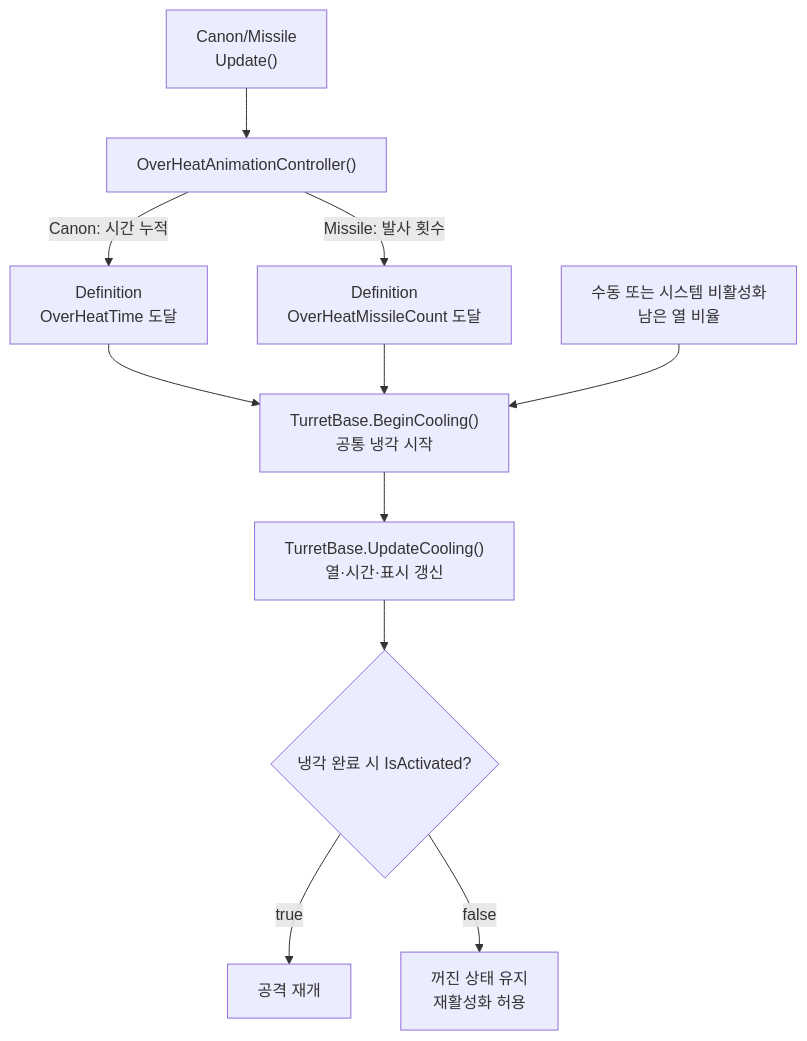
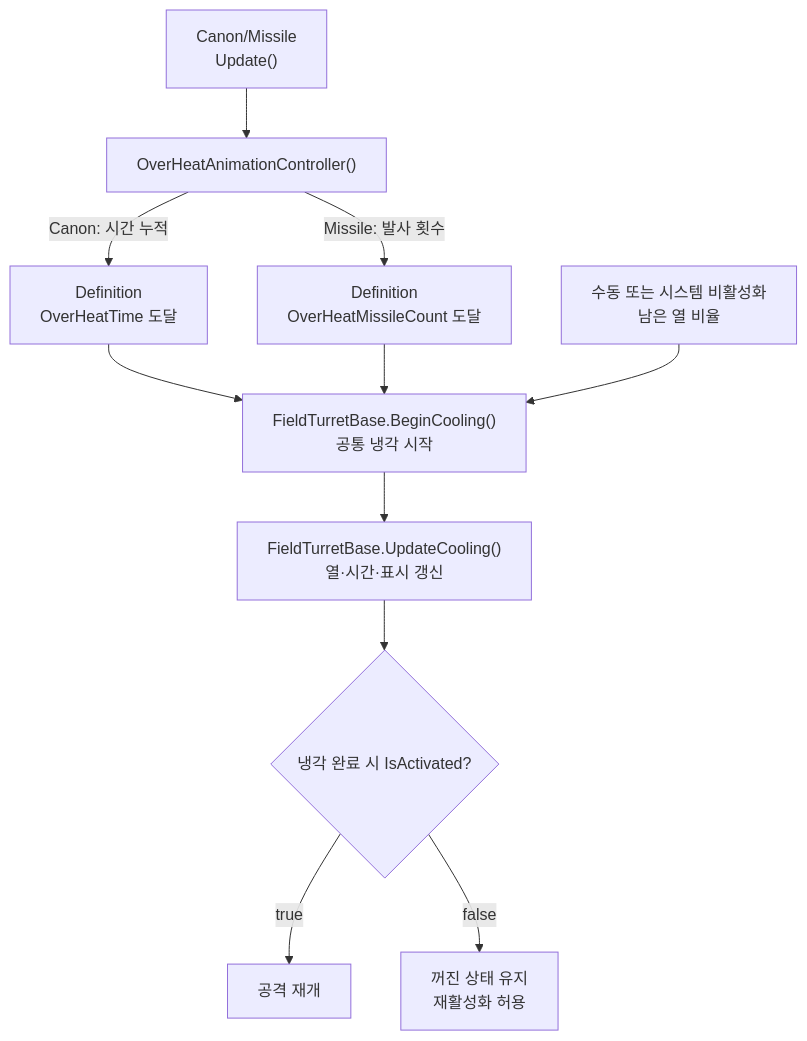
Before and after one commit to Team-HJD-21/unity-6-the-developer: diagram 11 of 17 in Docs/architecture/turret-system-guide.md, drawn with Mermaid. The commit also changed other lines of this file and 12 other files, not shown here.

Commit message:
docs(field-turret): update names and migration guide

````diff
--- a/Docs/architecture/turret-system-guide.md
+++ b/Docs/architecture/turret-system-guide.md
@@ -476,13 +478,13 @@
 ```mermaid
 flowchart TD
     Combat["Canon/Missile<br>Update()"] --> Check["OverHeatAnimationController()"]
     Check -->|Canon: 시간 누적| CanonHeat["Definition<br>OverHeatTime 도달"]
     Check -->|Missile: 발사 횟수| MissileHeat["Definition<br>OverHeatMissileCount 도달"]
-    CanonHeat --> Begin["TurretBase.BeginCooling()<br>공통 냉각 시작"]
+    CanonHeat --> Begin["FieldTurretBase.BeginCooling()<br>공통 냉각 시작"]
     MissileHeat --> Begin
     Off["수동 또는 시스템 비활성화<br>남은 열 비율"] --> Begin
-    Begin --> Cool["TurretBase.UpdateCooling()<br>열·시간·표시 갱신"]
+    Begin --> Cool["FieldTurretBase.UpdateCooling()<br>열·시간·표시 갱신"]
     Cool --> Complete{"냉각 완료 시 IsActivated?"}
     Complete -->|true| Resume["공격 재개"]
     Complete -->|false| Ready["꺼진 상태 유지<br>재활성화 허용"]
 ```
````
